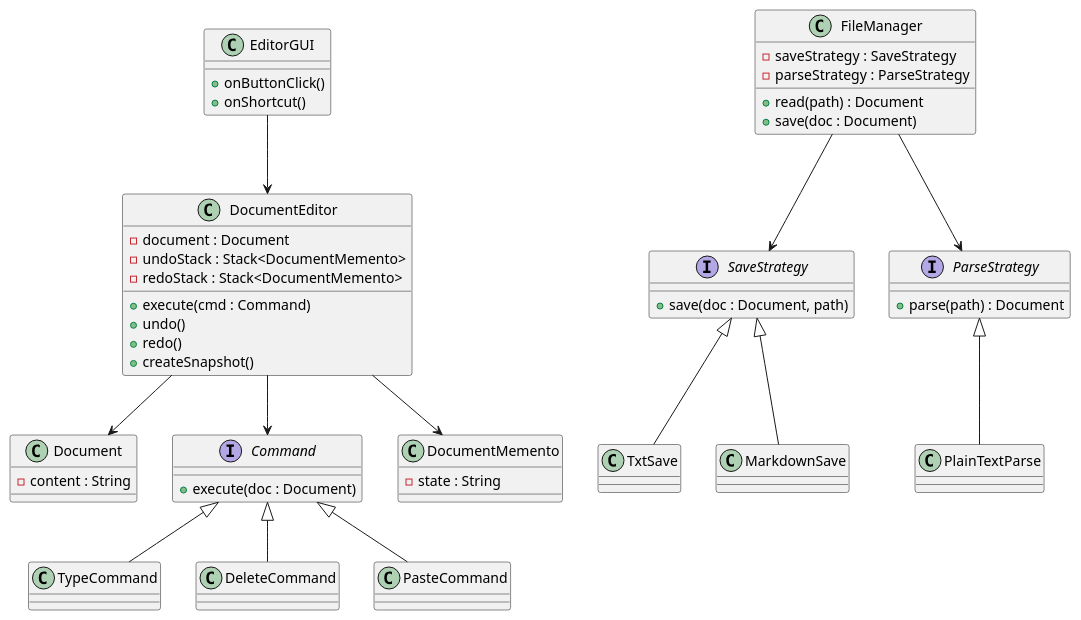
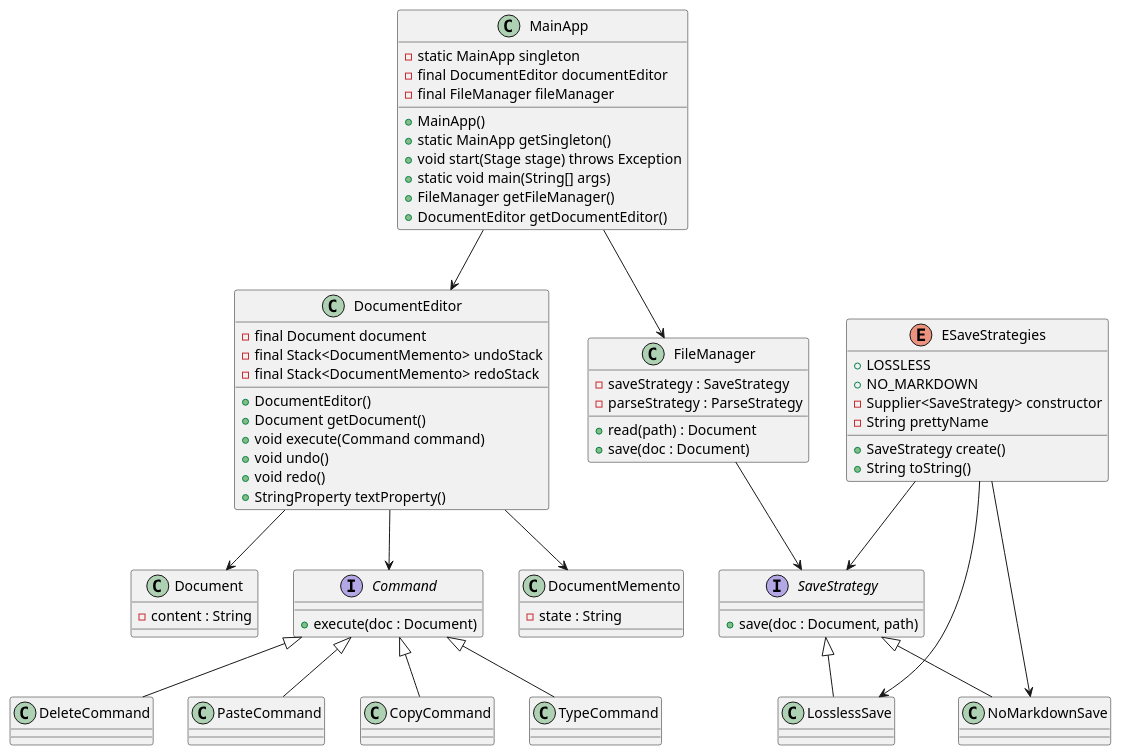
The diagram in docs/uml/diagram.plantuml (refactor-or-die/SuperTestEngine), drawn with PlantUML before and after one commit. The commit also changed 6 other files, not shown here.

```diff
--- a/docs/uml/diagram.plantuml
+++ b/docs/uml/diagram.plantuml
@@ -1,92 +1,107 @@
 @startuml
 
 ' =======================
 ' MODEL DANYCH
 ' =======================
 class Document {
   -content : String
 }
 
 ' =======================
 ' STRATEGY PATTERN
 ' FileManager deleguje zapis/odczyt do strategii
 ' =======================
 class FileManager {
   -saveStrategy : SaveStrategy
   -parseStrategy : ParseStrategy
   +read(path) : Document
   +save(doc : Document)
 }
 
 interface SaveStrategy {
   +save(doc : Document, path)
 }
 
-class TxtSave
-class MarkdownSave
+class LosslessSave
+class NoMarkdownSave
 
-SaveStrategy <|-- TxtSave
-SaveStrategy <|-- MarkdownSave
+SaveStrategy <|-- LosslessSave
+SaveStrategy <|-- NoMarkdownSave
 
-interface ParseStrategy {
-  +parse(path) : Document
+FileManager --> SaveStrategy
+
+enum ESaveStrategies {
+    + LOSSLESS
+    + NO_MARKDOWN
+    - Supplier<SaveStrategy> constructor
+    - String prettyName
+    + SaveStrategy create()
+    + String toString()
 }
 
-class PlainTextParse
-
-ParseStrategy <|-- PlainTextParse
-
-FileManager --> SaveStrategy
-FileManager --> ParseStrategy
+ESaveStrategies --> SaveStrategy
+ESaveStrategies --> LosslessSave
+ESaveStrategies --> NoMarkdownSave
 
 ' =======================
 ' COMMAND PATTERN
 ' DocumentEditor jest klientem komend
 ' Idealne dla GUI, toolbarów i skrótów klawiszowych
 ' =======================
 interface Command {
   +execute(doc : Document)
 }
 
 class TypeCommand
 class DeleteCommand
 class PasteCommand
 
 Command <|-- TypeCommand
 Command <|-- DeleteCommand
+Command <|-- CopyCommand
 Command <|-- PasteCommand
 
 ' =======================
 ' MEMENTO PATTERN
 ' Undo/Redo przez snapshoty stanu dokumentu
 ' =======================
 class DocumentMemento {
   -state : String
 }
 
 class DocumentEditor {
-  -document : Document
-  -undoStack : Stack<DocumentMemento>
-  -redoStack : Stack<DocumentMemento>
-  +execute(cmd : Command)
-  +undo()
-  +redo()
-  +createSnapshot()
-}
+        - final Document document
+        - final Stack<DocumentMemento> undoStack
+        - final Stack<DocumentMemento> redoStack
+        + DocumentEditor()
+        + Document getDocument()
+        + void execute(Command command)
+        + void undo()
+        + void redo()
+        + StringProperty textProperty()
+    }
 
 DocumentEditor --> Document
 DocumentEditor --> Command
 DocumentEditor --> DocumentMemento
 
 ' =======================
 ' GUI
 ' GUI wyzwala komendy, nie zna szczegółów edytora
 ' =======================
-class EditorGUI {
-  +onButtonClick()
-  +onShortcut()
-}
+ class MainApp {
+        - static MainApp singleton
+        - final DocumentEditor documentEditor
+        - final FileManager fileManager
+        + MainApp()
+        + static MainApp getSingleton()
+        + void start(Stage stage) throws Exception
+        + static void main(String[] args)
+        + FileManager getFileManager()
+        + DocumentEditor getDocumentEditor()
+    }
 
-EditorGUI --> DocumentEditor
+MainApp --> DocumentEditor
+MainApp --> FileManager
 
 @enduml
```
